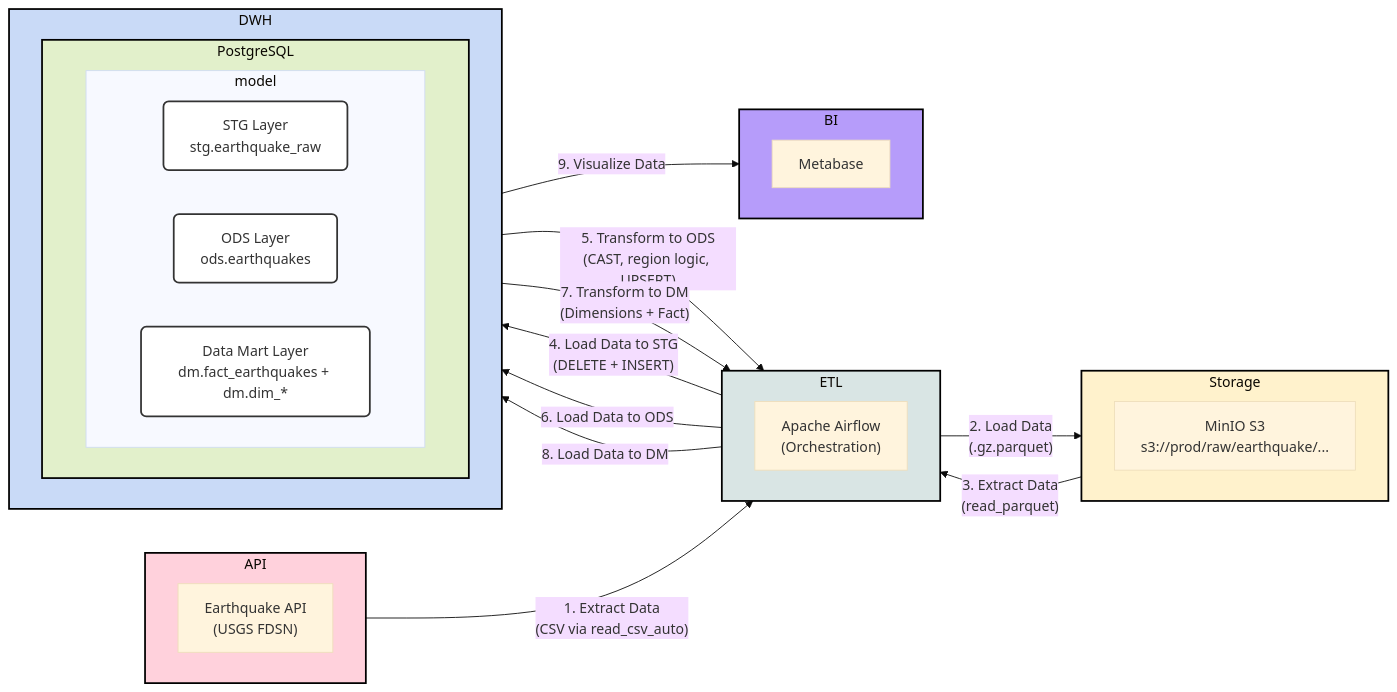
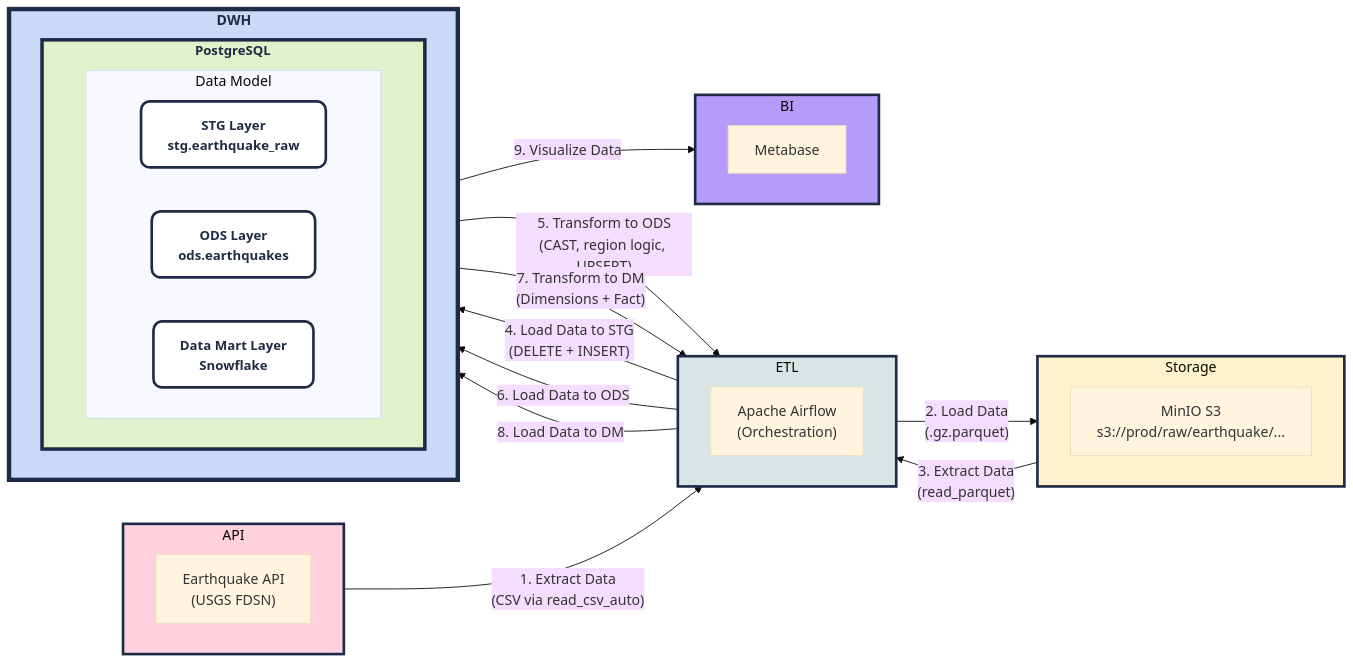
One commit to mindcoree/pet_project_earhquake changed the diagram in README.md. Above: the diagram before and after it, drawn with Mermaid (base theme). The commit also changed other lines of this file and 12 other files, not shown here.

````diff
--- a/README.md
+++ b/README.md
@@ -61,57 +61,62 @@
 ```mermaid
 flowchart LR
     subgraph API
         direction LR
         API_E["Earthquake API<br/>(USGS FDSN)"]
     end
 
     subgraph ETL
         direction LR
         AirFlow["Apache Airflow<br/>(Orchestration)"]
     end
 
     subgraph Storage
         direction LR
         S3["MinIO S3<br/>s3://prod/raw/earthquake/..."]
     end
 
-    subgraph DWH
+    subgraph DWH ["DWH"]
         direction LR
-        subgraph PostgreSQL
+        subgraph PostgreSQL ["PostgreSQL"]
             direction LR
-            subgraph model
+            subgraph model ["Data Model"]
                 direction LR
                 stg["STG Layer<br/>stg.earthquake_raw"]
                 ods["ODS Layer<br/>ods.earthquakes"]
-                dm["Data Mart Layer<br/>dm.fact_earthquakes + dm.dim_*"]
+                dm["Data Mart Layer<br/>Snowflake"]
             end
         end
     end
 
     subgraph BI
         direction LR
         MetaBase["Metabase"]
     end
 
     %% Main data flow
     API_E -->|"1. Extract Data<br/>(CSV via read_csv_auto)"| AirFlow
     AirFlow -->|"2. Load Data<br/>(.gz.parquet)"| S3
     S3 -->|"3. Extract Data<br/>(read_parquet)"| AirFlow
     AirFlow -->|"4. Load Data to STG<br/>(DELETE + INSERT)"| stg
     stg -->|"5. Transform to ODS<br/>(CAST, region logic, UPSERT)"| AirFlow
     AirFlow -->|"6. Load Data to ODS"| ods
     ods -->|"7. Transform to DM<br/>(Dimensions + Fact)"| AirFlow
     AirFlow -->|"8. Load Data to DM"| dm
     dm -->|"9. Visualize Data"| MetaBase
 
-    %% Styling
-    style API fill:#FFD1DC,stroke:#000000,stroke-width:2px
-    style ETL fill:#D9E5E4,stroke:#000000,stroke-width:2px
-    style Storage fill:#FFF2CC,stroke:#000000,stroke-width:2px
-    style DWH fill:#C9DAF7,stroke:#000000,stroke-width:2px
-    style PostgreSQL fill:#E2F0CB,stroke:#000000,stroke-width:2px
-    style BI fill:#B69CFA,stroke:#000000,stroke-width:2px
+    %% Enhanced Styling for better visibility
+    style API fill:#FFD1DC, stroke:#1F2A44, stroke-width:3px
+    style ETL fill:#D9E5E4, stroke:#1F2A44, stroke-width:3px
+    style Storage fill:#FFF2CC, stroke:#1F2A44, stroke-width:3px
+    style DWH fill:#C9DAF7, stroke:#1F2A44, stroke-width:5px
+    style PostgreSQL fill:#E2F0CB, stroke:#1F2A44, stroke-width:4px
+    style BI fill:#B69CFA, stroke:#1F2A44, stroke-width:3px
 
-    classDef layer fill:#ffffff,stroke:#333,stroke-width:2px,rx:6,ry:6
+    %% STG / ODS / DM — максимально читаемые
+    classDef layer fill:#FFFFFF, stroke:#1F2A44, stroke-width:3px, rx:10, ry:10, font-size:15px, color:#1F2A44, font-weight:600
     class stg,ods,dm layer
+
+    %% Subgraph titles
+    style DWH color:#1F2A44, font-weight:bold, font-size:16px
+    style PostgreSQL color:#1F2A44, font-weight:bold, font-size:15px
 ```
````
